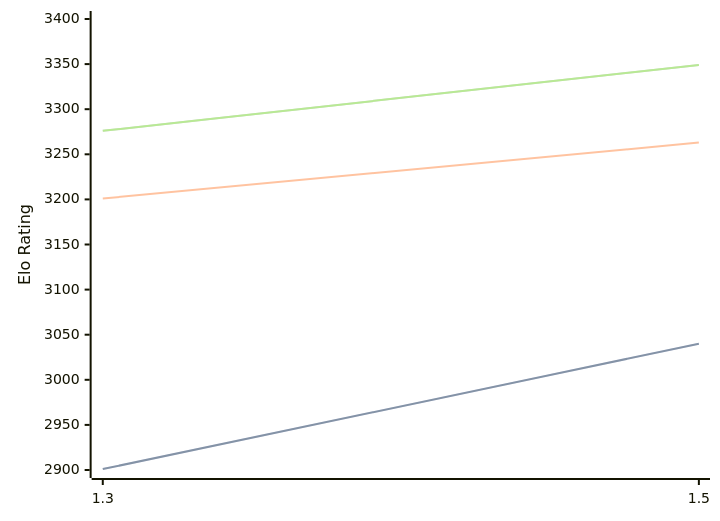
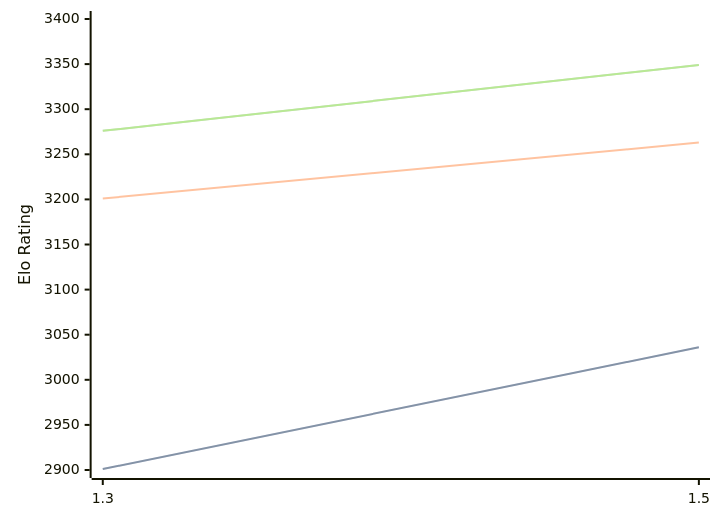
Before and after one commit to computer-chess-index/cci: the diagram in engines/Lambergar.md, drawn with Mermaid. The commit also changed other lines of this file, not shown here.

````diff
--- a/engines/Lambergar.md
+++ b/engines/Lambergar.md
@@ -44,11 +44,11 @@
 ```mermaid
 %%{init: {"theme":"base","themeVariables":{"seriesColors:['#a3a3a3','#222221','#faa371']}}}%%
 xychart-beta
   x-axis ["1.3", "1.5"]
   y-axis "Elo Rating" 2900 --> 3400
-  line "STC (8.0+0.08s)" [2901, 3040]
-  line "STC (8.0+0.08s)" [2901, 3040]
+  line "STC (8.0+0.08s)" [2901, 3036]
+  line "STC (8.0+0.08s)" [2901, 3036]
   line "LTC (60.0+0.60s)" [3201, 3263]
   line "VLTC (2m24s+1.12s)" [3276, 3349]
   line "VLTC (2m24s+1.12s)" [3276, 3349]
 ```
````
